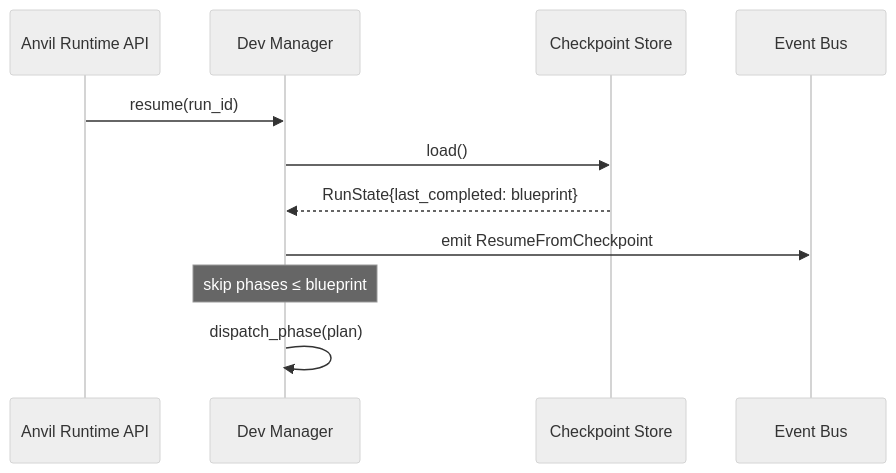
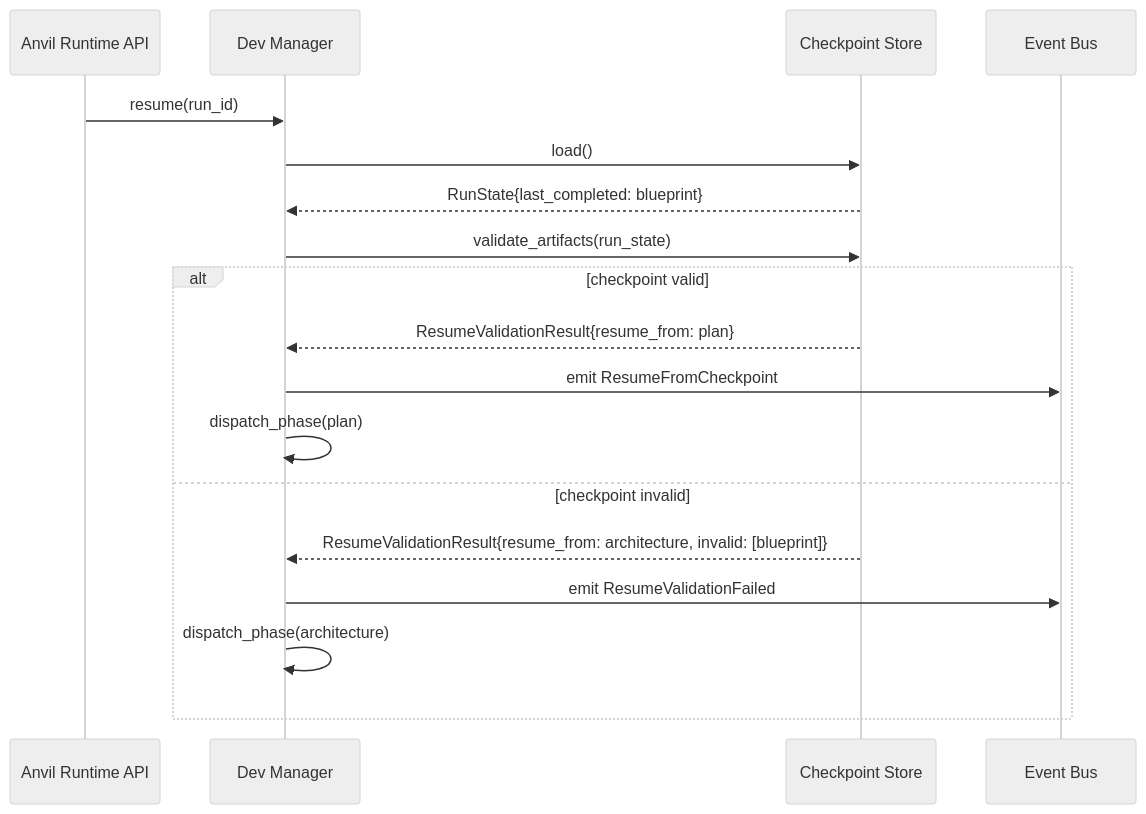
Before and after one commit to aai-pai/anvil-coding-agent: the sixth of 8 diagrams in docs/architecture.md, drawn with Mermaid (neutral theme). The commit also changed other lines of this file and 1 other file, not shown here.

Commit message:
[ARCHITECTURE] Align spec and architecture docs

````diff
--- a/docs/architecture.md
+++ b/docs/architecture.md
@@ -457,14 +505,21 @@
 ```mermaid
 sequenceDiagram
     participant API as Anvil Runtime API
     participant DM as Dev Manager
     participant CS as Checkpoint Store
     participant EB as Event Bus
 
     API->>DM: resume(run_id)
     DM->>CS: load()
     CS-->>DM: RunState{last_completed: blueprint}
-    DM->>EB: emit ResumeFromCheckpoint
-    Note over DM: skip phases ≤ blueprint
-    DM->>DM: dispatch_phase(plan)
+    DM->>CS: validate_artifacts(run_state)
+    alt checkpoint valid
+        CS-->>DM: ResumeValidationResult{resume_from: plan}
+        DM->>EB: emit ResumeFromCheckpoint
+        DM->>DM: dispatch_phase(plan)
+    else checkpoint invalid
+        CS-->>DM: ResumeValidationResult{resume_from: architecture, invalid: [blueprint]}
+        DM->>EB: emit ResumeValidationFailed
+        DM->>DM: dispatch_phase(architecture)
+    end
 ```
````
